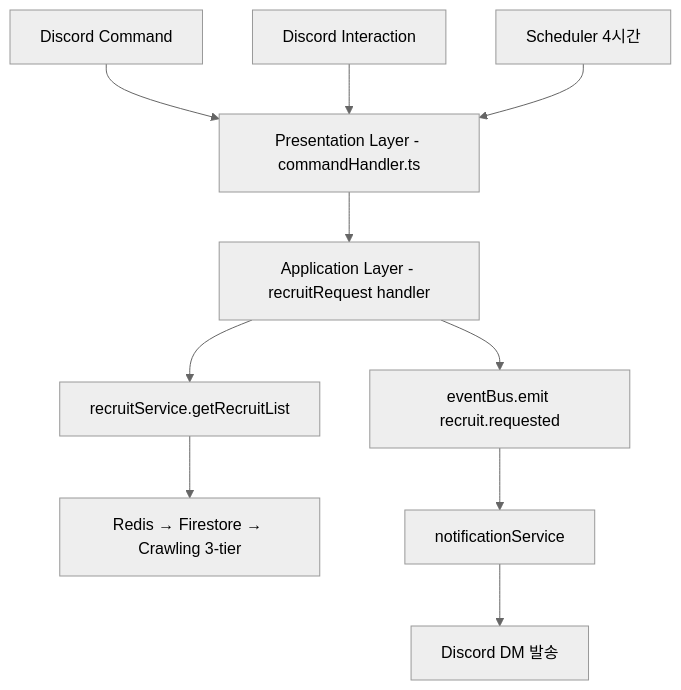
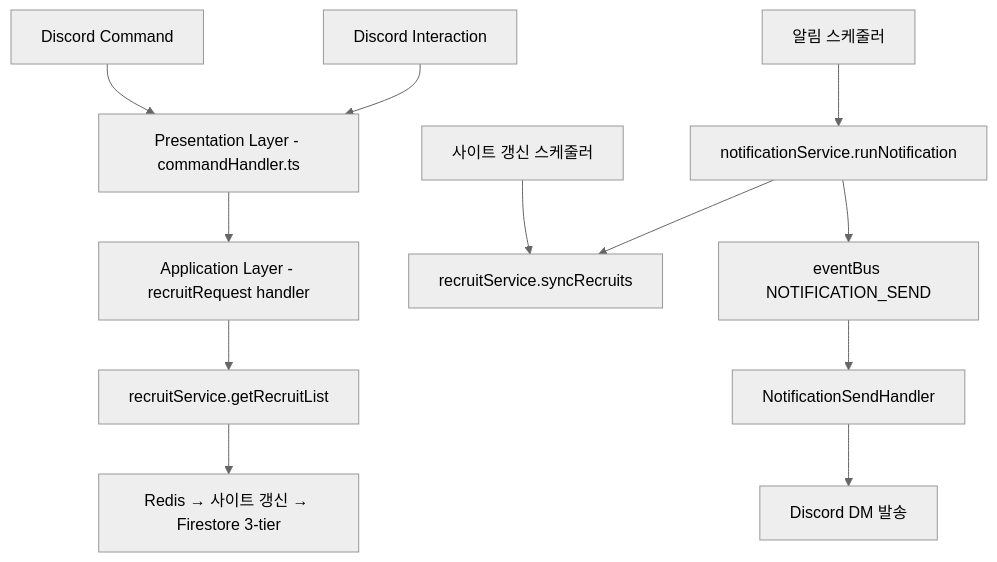
Before and after one commit to jscht/sria-notify-discord: the second of 3 diagrams in .claude/docs/ARCHITECTURE.md, drawn with Mermaid (neutral theme). The commit also changed other lines of this file and 10 other files, not shown here.

````diff
--- a/.claude/docs/ARCHITECTURE.md
+++ b/.claude/docs/ARCHITECTURE.md
@@ -150,12 +150,14 @@
 ```mermaid
 graph TD
     T1[Discord Command] --> PL[Presentation Layer - commandHandler.ts]
     T2[Discord Interaction] --> PL
-    T3[Scheduler 4시간] --> PL
     PL --> AL[Application Layer - recruitRequest handler]
     AL --> RS[recruitService.getRecruitList]
-    RS --> Cache[Redis → Firestore → Crawling 3-tier]
-    AL --> EB[eventBus.emit recruit.requested]
-    EB --> NS[notificationService]
-    NS --> DM[Discord DM 발송]
+    RS --> Cache[Redis → 사이트 갱신 → Firestore 3-tier]
+    T3[사이트 갱신 스케줄러] --> Sync[recruitService.syncRecruits]
+    T4[알림 스케줄러] --> RN[notificationService.runNotification]
+    RN --> Sync
+    RN --> EB[eventBus NOTIFICATION_SEND]
+    EB --> NH[NotificationSendHandler]
+    NH --> DM[Discord DM 발송]
 ```
````
